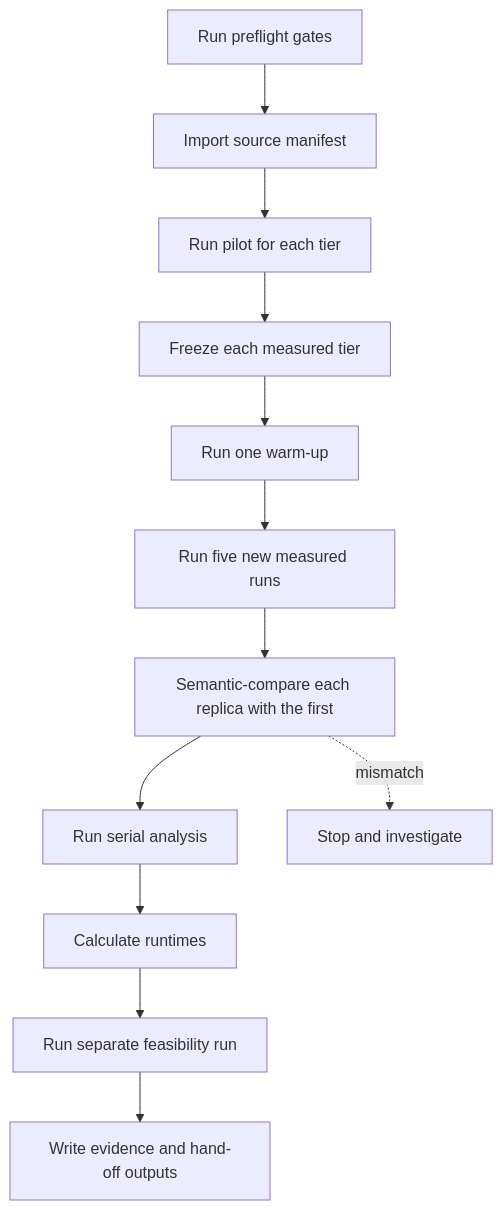
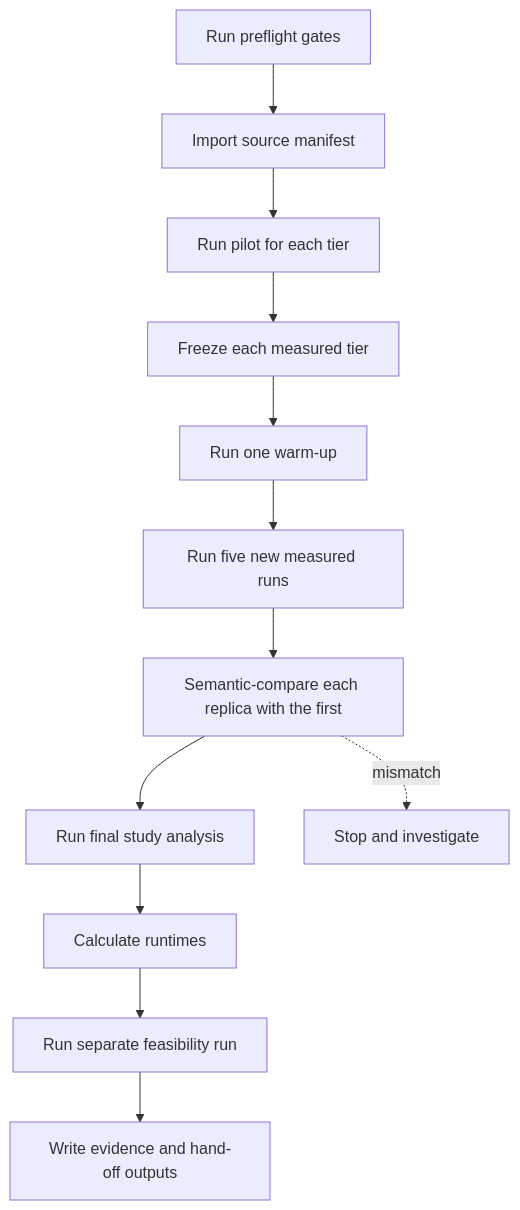
The diagram in docs/inprogress/cloud-evaluation-runbook.md (michalo1334/master_thesis), drawn with Mermaid before and after one commit. The commit also changed other lines of this file and 76 other files, not shown here.

Commit message:
feat: add crossed study analysis workflow

````diff
--- a/docs/inprogress/cloud-evaluation-runbook.md
+++ b/docs/inprogress/cloud-evaluation-runbook.md
@@ -83,14 +84,14 @@
 ```mermaid
 flowchart TD
     A[Run preflight gates] --> B[Import source manifest]
     B --> C[Run pilot for each tier]
     C --> D[Freeze each measured tier]
     D --> E[Run one warm-up]
     E --> F[Run five new measured runs]
     F --> G[Semantic-compare each replica with the first]
-    G --> H[Run serial analysis]
+    G --> H[Run final study analysis]
     H --> I[Calculate runtimes]
     I --> J[Run separate feasibility run]
     J --> K[Write evidence and hand-off outputs]
     G -. mismatch .-> S[Stop and investigate]
 ```
````
